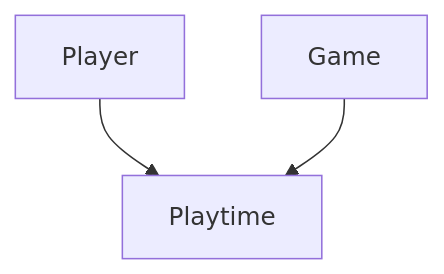
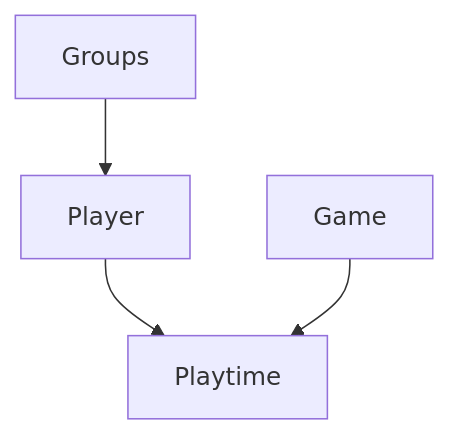
One commit to Game-Club-Switzerland/steam.gameclub.ch changed the first of 2 diagrams in readme.md. Above: the diagram before and after it, drawn with Mermaid. The commit also changed other lines of this file and 3 other files, not shown here.

````diff
--- a/readme.md
+++ b/readme.md
@@ -8,6 +9,7 @@
 ```mermaid
 graph TD
+    Groups --> Player
     Player --> Playtime
     Game --> Playtime
     Playtime
 ```
````
